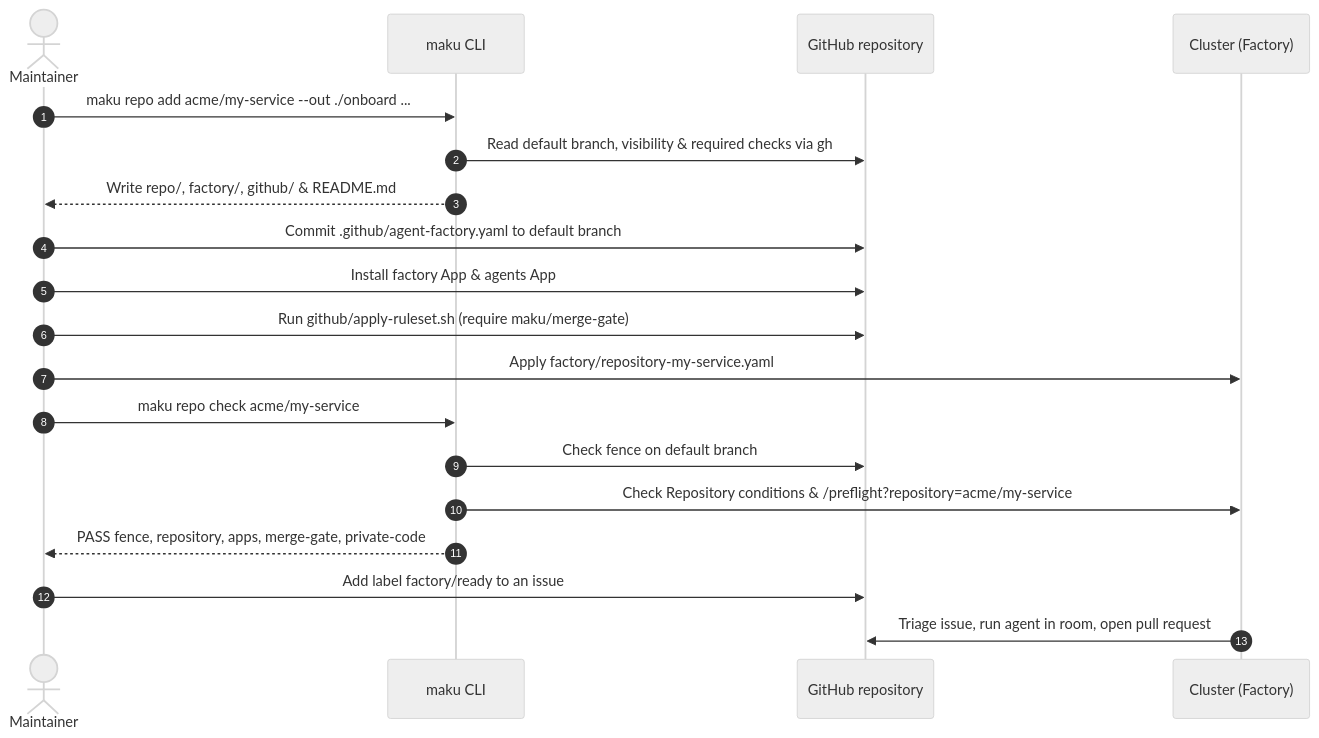
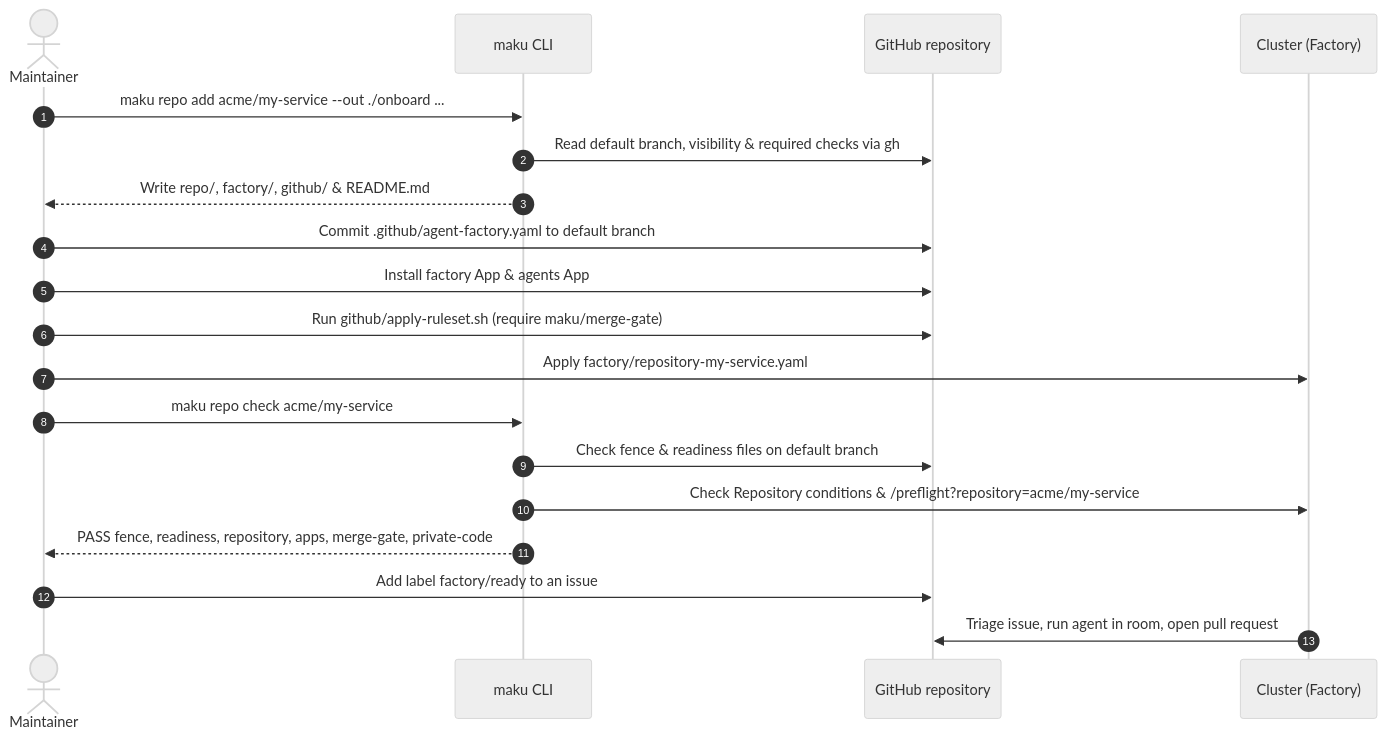
Before and after one commit to Smana/maku: the diagram in docs/onboard-a-repository.md, drawn with Mermaid (neutral theme). The commit also changed other lines of this file and 20 other files, not shown here.

Commit message:
feat(repo): a how-to and four worked files make a repository ready, and repo check warns without them (#769)

````diff
--- a/docs/onboard-a-repository.md
+++ b/docs/onboard-a-repository.md
@@ -7,22 +7,22 @@
 ```mermaid
 sequenceDiagram
   autonumber
   actor M as Maintainer
   participant CLI as maku CLI
   participant GH as GitHub repository
   participant K8s as Cluster (Factory)
 
   M->>CLI: maku repo add acme/my-service --out ./onboard ...
   CLI->>GH: Read default branch, visibility & required checks via gh
   CLI-->>M: Write repo/, factory/, github/ & README.md
   M->>GH: Commit .github/agent-factory.yaml to default branch
   M->>GH: Install factory App & agents App
   M->>GH: Run github/apply-ruleset.sh (require maku/merge-gate)
   M->>K8s: Apply factory/repository-my-service.yaml
   M->>CLI: maku repo check acme/my-service
-  CLI->>GH: Check fence on default branch
+  CLI->>GH: Check fence & readiness files on default branch
   CLI->>K8s: Check Repository conditions & /preflight?repository=acme/my-service
-  CLI-->>M: PASS fence, repository, apps, merge-gate, private-code
+  CLI-->>M: PASS fence, readiness, repository, apps, merge-gate, private-code
   M->>GH: Add label factory/ready to an issue
   K8s->>GH: Triage issue, run agent in room, open pull request
 ```
````
